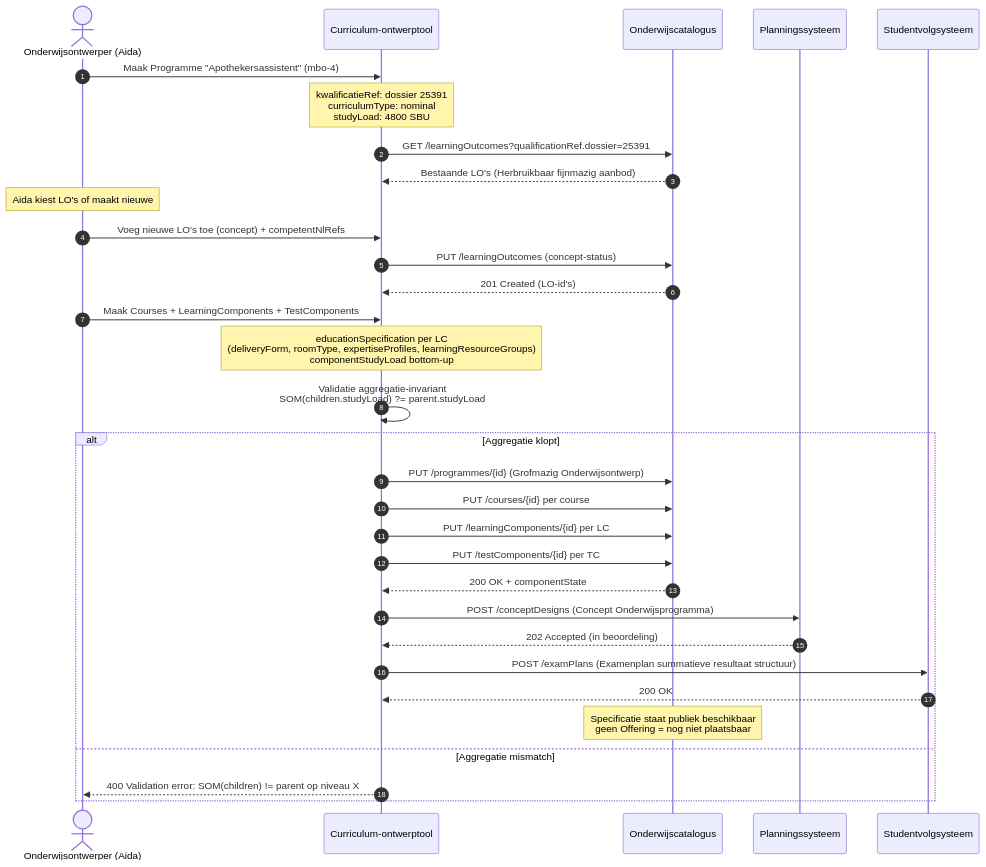
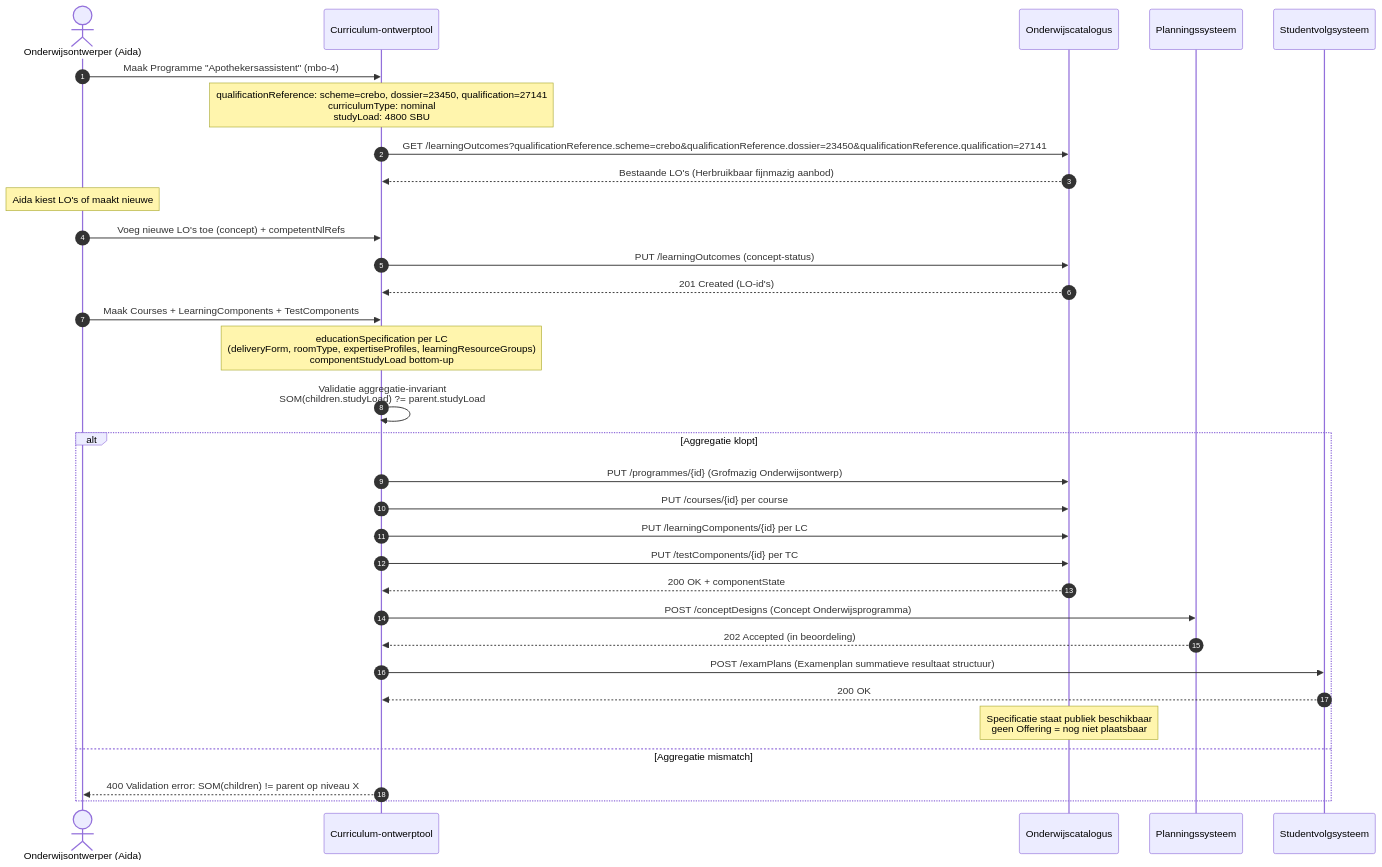
Before and after one commit to Npuls-OKx/specification: the fourth of 19 diagrams in meta/architecture/agent-artifacts/project-requests/20260414_1500_okx-oeapi-consumer-profiel.md, drawn with Mermaid. The commit also changed other lines of this file and 4 other files, not shown here.

````diff
--- a/meta/architecture/agent-artifacts/project-requests/20260414_1500_okx-oeapi-consumer-profiel.md
+++ b/meta/architecture/agent-artifacts/project-requests/20260414_1500_okx-oeapi-consumer-profiel.md
@@ -1163,36 +1605,36 @@
 ```mermaid
 sequenceDiagram
     autonumber
     actor Ontwerper as Onderwijsontwerper (Aida)
     participant CO as Curriculum-ontwerptool
     participant OC as Onderwijscatalogus
     participant Planning as Planningssysteem
     participant SVS as Studentvolgsysteem
 
     Ontwerper->>CO: Maak Programme "Apothekersassistent" (mbo-4)
-    Note over CO: kwalificatieRef: dossier 25391<br/>curriculumType: nominal<br/>studyLoad: 4800 SBU
-    CO->>OC: GET /learningOutcomes?qualificationRef.dossier=25391
+    Note over CO: qualificationReference: scheme=crebo, dossier=23450, qualification=27141<br/>curriculumType: nominal<br/>studyLoad: 4800 SBU
+    CO->>OC: GET /learningOutcomes?qualificationReference.scheme=crebo&qualificationReference.dossier=23450&qualificationReference.qualification=27141
     OC-->>CO: Bestaande LO's (Herbruikbaar fijnmazig aanbod)
     Note over Ontwerper: Aida kiest LO's of maakt nieuwe
     Ontwerper->>CO: Voeg nieuwe LO's toe (concept) + competentNlRefs
     CO->>OC: PUT /learningOutcomes (concept-status)
     OC-->>CO: 201 Created (LO-id's)
     Ontwerper->>CO: Maak Courses + LearningComponents + TestComponents
     Note over CO: educationSpecification per LC<br/>(deliveryForm, roomType, expertiseProfiles, learningResourceGroups)<br/>componentStudyLoad bottom-up
 
     CO->>CO: Validatie aggregatie-invariant<br/>SOM(children.studyLoad) ?= parent.studyLoad
     alt Aggregatie klopt
         CO->>OC: PUT /programmes/{id} (Grofmazig Onderwijsontwerp)
         CO->>OC: PUT /courses/{id} per course
         CO->>OC: PUT /learningComponents/{id} per LC
         CO->>OC: PUT /testComponents/{id} per TC
         OC-->>CO: 200 OK + componentState
         CO->>Planning: POST /conceptDesigns (Concept Onderwijsprogramma)
         Planning-->>CO: 202 Accepted (in beoordeling)
         CO->>SVS: POST /examPlans (Examenplan summatieve resultaat structuur)
         SVS-->>CO: 200 OK
         Note over OC: Specificatie staat publiek beschikbaar<br/>geen Offering = nog niet plaatsbaar
     else Aggregatie mismatch
         CO-->>Ontwerper: 400 Validation error: SOM(children) != parent op niveau X
     end
 ```
````
